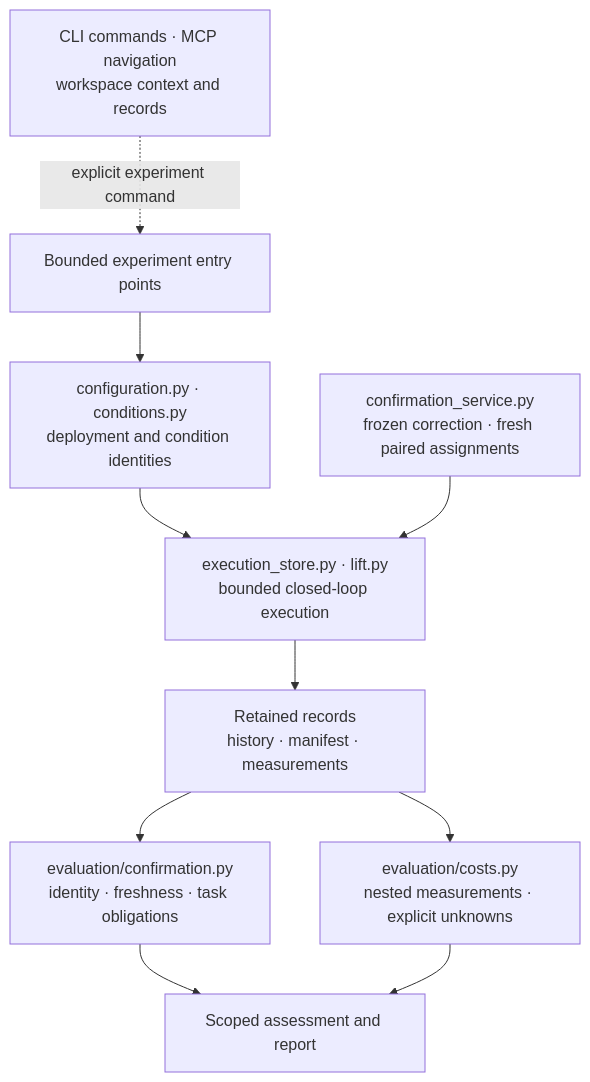
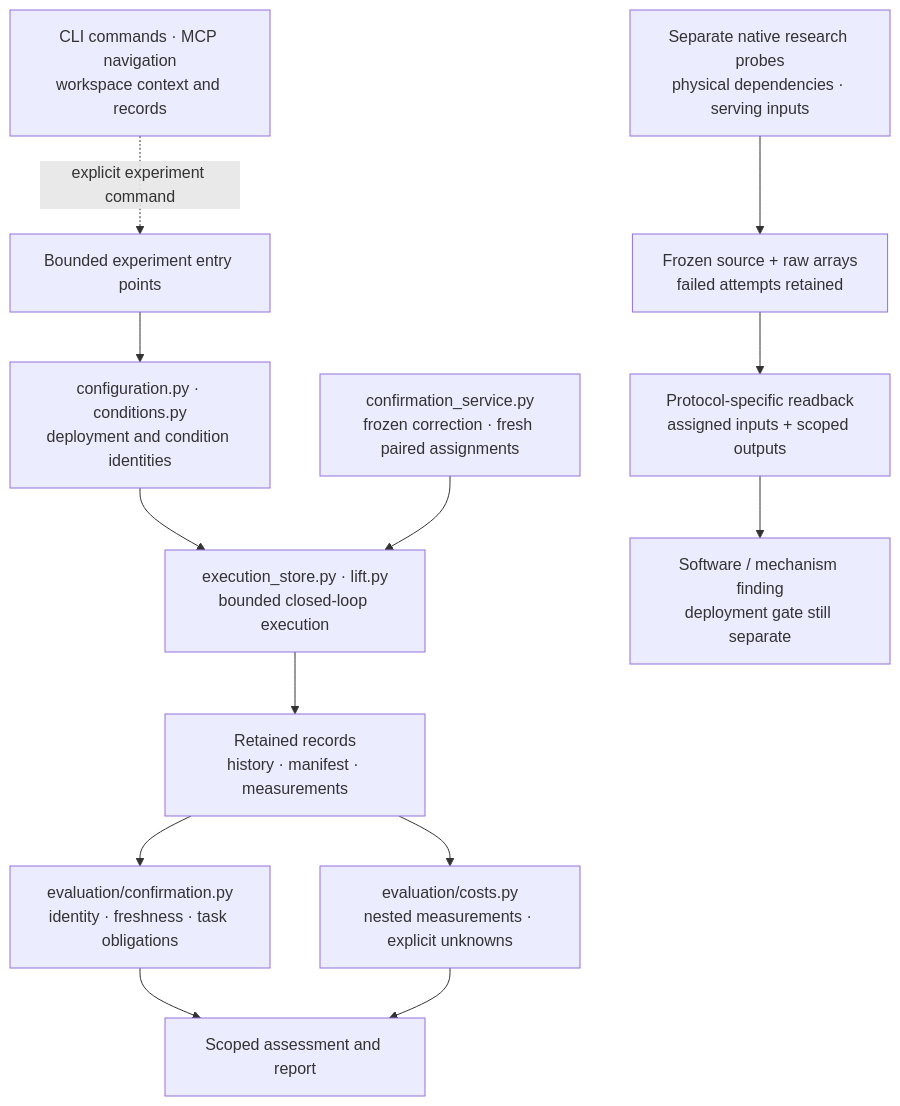
One commit to manfromnowhere143/nisayon changed the first of 6 diagrams in docs/ARCHITECTURE.md. Above: the diagram before and after it, drawn with Mermaid. The commit also changed other lines of this file and 123 other files, not shown here.

First line of the commit message:
Publish Phase II mechanisms and assigned-input evidence

````diff
--- a/docs/ARCHITECTURE.md
+++ b/docs/ARCHITECTURE.md
@@ -199,15 +214,18 @@
 ```mermaid
 flowchart TB
     accTitle: Current implementation and its execution boundaries
-    accDescr: Workspace CLI commands and MCP navigation share development context and records. Bounded experiment entry points use configuration and condition identities, an execution store and the Lift adapter. The confirmation service prepares fresh paired assignments. Evaluation reads retained records and produces scoped decisions and costs. The separate tools in the table below do not add a general execution or acceptance connection.
+    accDescr: Workspace CLI commands and MCP navigation share development context and records. Bounded experiment entry points use configuration and condition identities, an execution store and the Lift adapter. The confirmation service prepares fresh paired assignments. Evaluation reads retained records and produces scoped decisions and costs. Separate native research probes retain physical and serving observations for protocol-specific input/output readback. They do not connect an autonomous planner to a robot or authorize deployment.
     W["CLI commands · MCP navigation<br/>workspace context and records"]
     W -. "explicit experiment command" .-> B["Bounded experiment entry points"]
     B --> I["configuration.py · conditions.py<br/>deployment and condition identities"]
     I --> X["execution_store.py · lift.py<br/>bounded closed-loop execution"]
     C["confirmation_service.py<br/>frozen correction · fresh paired assignments"] --> X
     X --> R["Retained records<br/>history · manifest · measurements"]
     R --> E["evaluation/confirmation.py<br/>identity · freshness · task obligations"]
+    N["Separate native research probes<br/>physical dependencies · serving inputs"] --> P["Frozen source + raw arrays<br/>failed attempts retained"]
+    P --> A["Protocol-specific readback<br/>assigned inputs + scoped outputs"]
+    A --> U["Software / mechanism finding<br/>deployment gate still separate"]
     R --> K["evaluation/costs.py<br/>nested measurements · explicit unknowns"]
     E --> O["Scoped assessment and report"]
     K --> O
 ```
````
